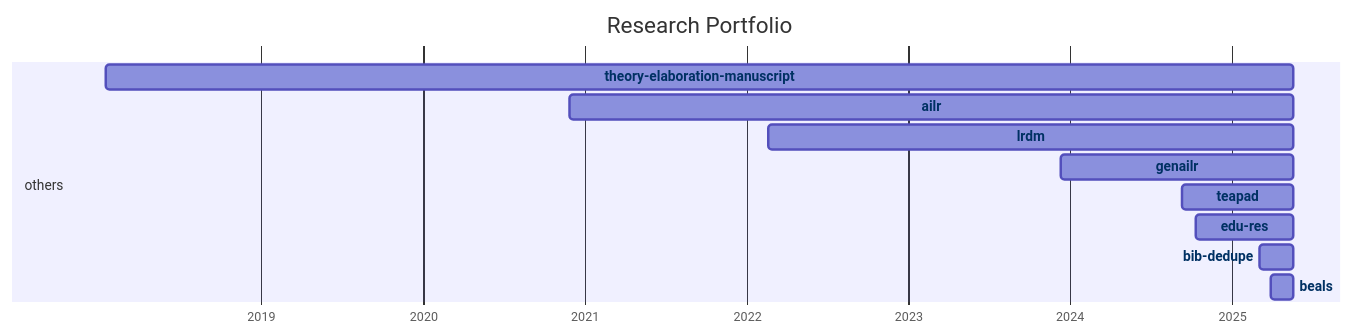
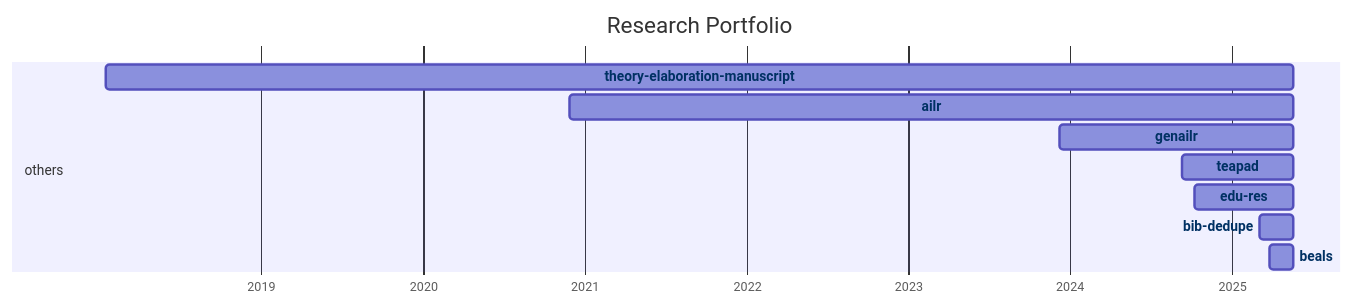
Before and after one commit to digital-work-lab/handbook: the diagram in docs/20-research/25-projects-gantt.md, drawn with Mermaid. The commit also changed 3 other files, not shown here.

````diff
--- a/docs/20-research/25-projects-gantt.md
+++ b/docs/20-research/25-projects-gantt.md
@@ -8,35 +8,33 @@
 ```mermaid
 ---
 displayMode: compact
 ---
 gantt
 title Research Portfolio
 dateFormat YYYY-MM-DD
 axisFormat %Y
 
     section work_practices
 
     section distributed_organizing
 
     section knowledge_synthesis
 
     section others
-        beals :beals, 2025-03-28, 2025-05-19
-        bib-dedupe :bib-dedupe, 2025-03-04, 2025-05-19
-        edu-res :edu-res, 2024-10-10, 2025-05-19
-        teapad :teapad, 2024-09-10, 2025-05-19
-        genailr :genailr, 2023-12-10, 2025-05-19
-        lrdm :lrdm, 2022-02-20, 2025-05-19
-        ailr :ailr, 2020-11-26, 2025-05-19
-        theory-elaboration-manuscript :theory-elaboration-manuscript, 2018-01-15, 2025-05-19
+        beals :beals, 2025-03-28, 2025-05-20
+        bib-dedupe :bib-dedupe, 2025-03-04, 2025-05-20
+        edu-res :edu-res, 2024-10-10, 2025-05-20
+        teapad :teapad, 2024-09-10, 2025-05-20
+        genailr :genailr, 2023-12-10, 2025-05-20
+        ailr :ailr, 2020-11-26, 2025-05-20
+        theory-elaboration-manuscript :theory-elaboration-manuscript, 2018-01-15, 2025-05-20
 
 
     click beals href "{{ site.baseurl }}/docs/20-research/25-projects/_repos/beals"
     click bib-dedupe href "{{ site.baseurl }}/docs/20-research/25-projects/_repos/bib-dedupe"
     click edu-res href "{{ site.baseurl }}/docs/20-research/25-projects/_repos/edu-res"
     click teapad href "{{ site.baseurl }}/docs/20-research/25-projects/_repos/teapad"
     click genailr href "{{ site.baseurl }}/docs/20-research/25-projects/_repos/genailr"
-    click lrdm href "{{ site.baseurl }}/docs/20-research/25-projects/_repos/lrdm"
     click ailr href "{{ site.baseurl }}/docs/20-research/25-projects/_repos/ailr"
     click theory-elaboration-manuscript href "{{ site.baseurl }}/docs/20-research/25-projects/_repos/theory-elaboration-manuscript"
 ```
````
